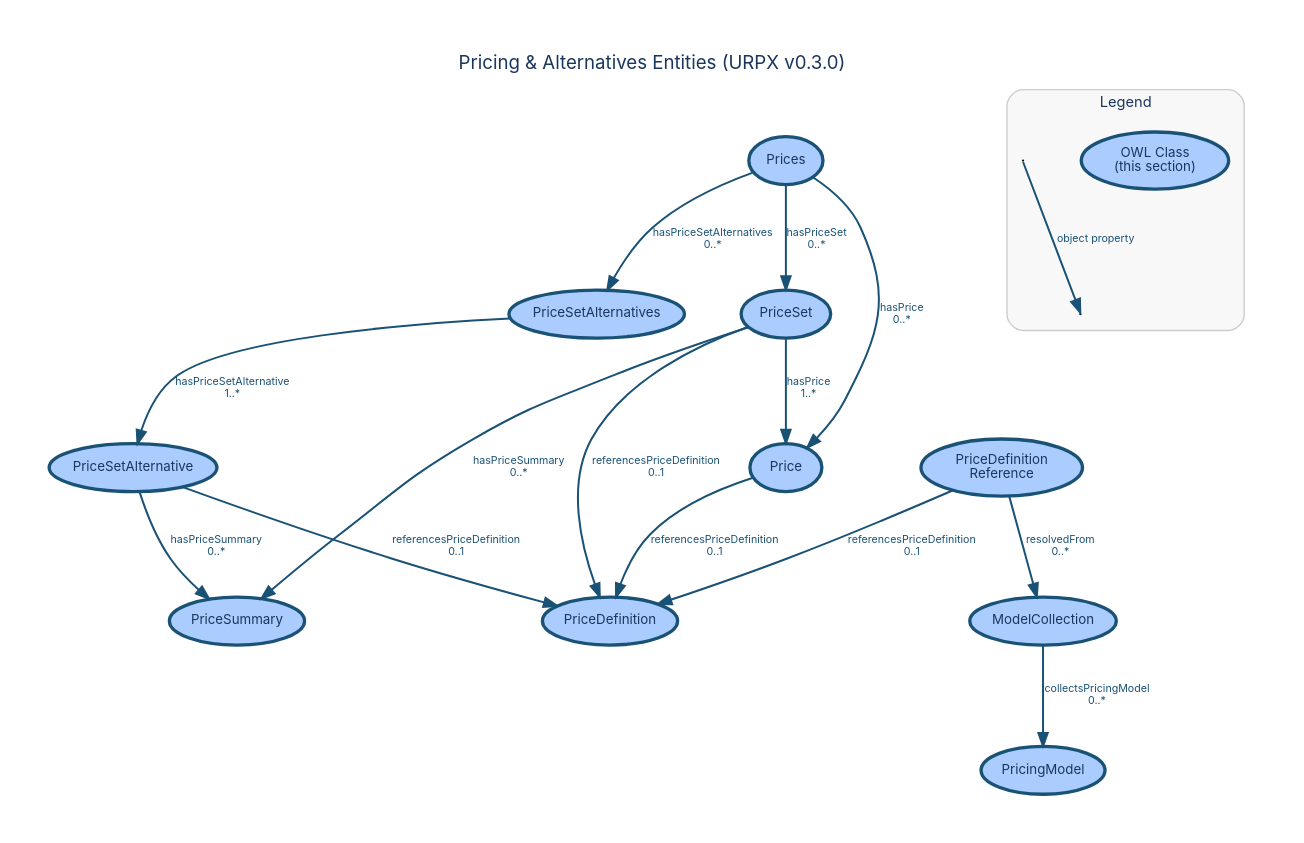
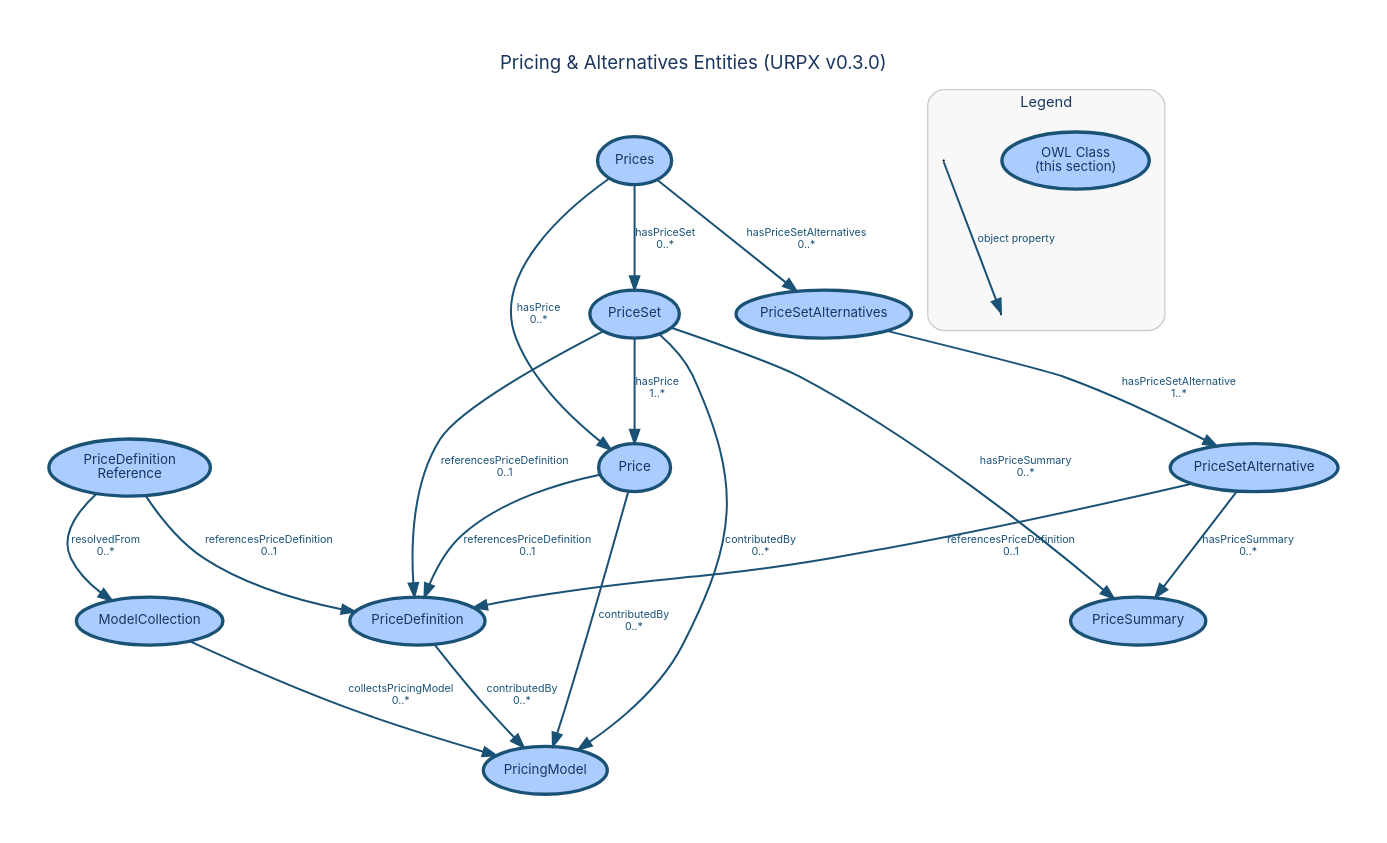
One commit to urpx-org/urpx changed the diagram in documentation/diagrams/dictionary/pricing-alternatives-entities.dot. Above: the diagram before and after it, drawn with Graphviz. The commit also changed 18 other files, not shown here.

```diff
--- a/documentation/diagrams/dictionary/pricing-alternatives-entities.dot
+++ b/documentation/diagrams/dictionary/pricing-alternatives-entities.dot
@@ -1,119 +1,128 @@
 digraph "Pricing & Alternatives Entities" {
     rankdir=TB;
     bgcolor="white";
     pad=0.4;
     nodesep=0.6;
     ranksep=0.8;
     fontname="Inter, Helvetica, Arial, sans-serif";
     label="Pricing & Alternatives Entities (URPX v0.3.0)";
     labelloc="t";
     fontsize=14;
     fontcolor="#1a365d";
     node [fontname="Inter, Helvetica, Arial, sans-serif", fontsize=10, style=filled, fontcolor="#1a365d"];
     edge [fontname="Inter, Helvetica, Arial, sans-serif", fontsize=8, fontcolor="#1a365d"];
 
     // Section classes
     PricingModel [
         label="PricingModel"
         shape=ellipse, fillcolor="#aaccff", color="#1a5276", penwidth=2.5
     ];
     ModelCollection [
         label="ModelCollection"
         shape=ellipse, fillcolor="#aaccff", color="#1a5276", penwidth=2.5
     ];
     Prices [
         label="Prices"
         shape=ellipse, fillcolor="#aaccff", color="#1a5276", penwidth=2.5
     ];
     PriceSet [
         label="PriceSet"
         shape=ellipse, fillcolor="#aaccff", color="#1a5276", penwidth=2.5
     ];
     PriceSetAlternative [
         label="PriceSetAlternative"
         shape=ellipse, fillcolor="#aaccff", color="#1a5276", penwidth=2.5
     ];
     PriceSetAlternatives [
         label="PriceSetAlternatives"
         shape=ellipse, fillcolor="#aaccff", color="#1a5276", penwidth=2.5
     ];
     Price [
         label="Price"
         shape=ellipse, fillcolor="#aaccff", color="#1a5276", penwidth=2.5
     ];
     PriceDefinition [
         label="PriceDefinition"
         shape=ellipse, fillcolor="#aaccff", color="#1a5276", penwidth=2.5
     ];
     PriceDefinitionReference [
         label="PriceDefinition\nReference"
         shape=ellipse, fillcolor="#aaccff", color="#1a5276", penwidth=2.5
     ];
     PriceSummary [
         label="PriceSummary"
         shape=ellipse, fillcolor="#aaccff", color="#1a5276", penwidth=2.5
     ];
 
     // Object property edges
     ModelCollection -> PricingModel [
         label="collectsPricingModel\n0..*", color="#1a5276", fontcolor="#1a5276", penwidth=1.5
     ];
     Prices -> Price [
         label="hasPrice\n0..*", color="#1a5276", fontcolor="#1a5276", penwidth=1.5
     ];
     Prices -> PriceSet [
         label="hasPriceSet\n0..*", color="#1a5276", fontcolor="#1a5276", penwidth=1.5, weight=10
     ];
     Prices -> PriceSetAlternatives [
         label="hasPriceSetAlternatives\n0..*", color="#1a5276", fontcolor="#1a5276", penwidth=1.5, weight=8
     ];
+    PriceSet -> PricingModel [
+        label="contributedBy\n0..*", color="#1a5276", fontcolor="#1a5276", penwidth=1.5
+    ];
     PriceSet -> Price [
         label="hasPrice\n1..*", color="#1a5276", fontcolor="#1a5276", penwidth=1.5, weight=8
     ];
     PriceSet -> PriceSummary [
         label="hasPriceSummary\n0..*", color="#1a5276", fontcolor="#1a5276", penwidth=1.5
     ];
     PriceSet -> PriceDefinition [
         label="referencesPriceDefinition\n0..1", color="#1a5276", fontcolor="#1a5276", penwidth=1.5
     ];
     PriceSetAlternative -> PriceSummary [
         label="hasPriceSummary\n0..*", color="#1a5276", fontcolor="#1a5276", penwidth=1.5
     ];
     PriceSetAlternative -> PriceDefinition [
         label="referencesPriceDefinition\n0..1", color="#1a5276", fontcolor="#1a5276", penwidth=1.5
     ];
     PriceSetAlternatives -> PriceSetAlternative [
         label="hasPriceSetAlternative\n1..*", color="#1a5276", fontcolor="#1a5276", penwidth=1.5
     ];
+    Price -> PricingModel [
+        label="contributedBy\n0..*", color="#1a5276", fontcolor="#1a5276", penwidth=1.5
+    ];
     Price -> PriceDefinition [
         label="referencesPriceDefinition\n0..1", color="#1a5276", fontcolor="#1a5276", penwidth=1.5
+    ];
+    PriceDefinition -> PricingModel [
+        label="contributedBy\n0..*", color="#1a5276", fontcolor="#1a5276", penwidth=1.5
     ];
     PriceDefinitionReference -> PriceDefinition [
         label="referencesPriceDefinition\n0..1", color="#1a5276", fontcolor="#1a5276", penwidth=1.5
     ];
     PriceDefinitionReference -> ModelCollection [
         label="resolvedFrom\n0..*", color="#1a5276", fontcolor="#1a5276", penwidth=1.5
     ];
 
     // Layout-specified rank groups
     { rank=same; Prices; }
     { rank=same; PriceSet; PriceSetAlternatives; }
     { rank=same; PriceSetAlternative; Price; }
     { rank=same; PriceDefinition; PriceSummary; }
 
     subgraph cluster_legend {
         label="Legend";
         fontname="Inter, Helvetica, Arial, sans-serif";
         fontsize=11;
         fontcolor="#1a365d";
         style=rounded;
         color="#cccccc";
         bgcolor="#f8f8f8";
         margin=12;
 
         leg_class [label="OWL Class\n(this section)", shape=ellipse, fillcolor="#aaccff", color="#1a5276", penwidth=2.5];
         leg_src [label=" ", shape=point, width=0.01];
         leg_tgt1 [label=" ", shape=point, width=0.01];
         leg_src -> leg_tgt1 [label="object property", color="#1a5276", fontcolor="#1a5276", penwidth=1.5];
     }
 }
```
